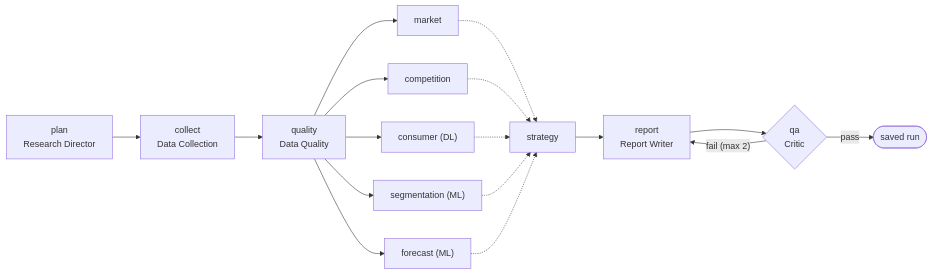
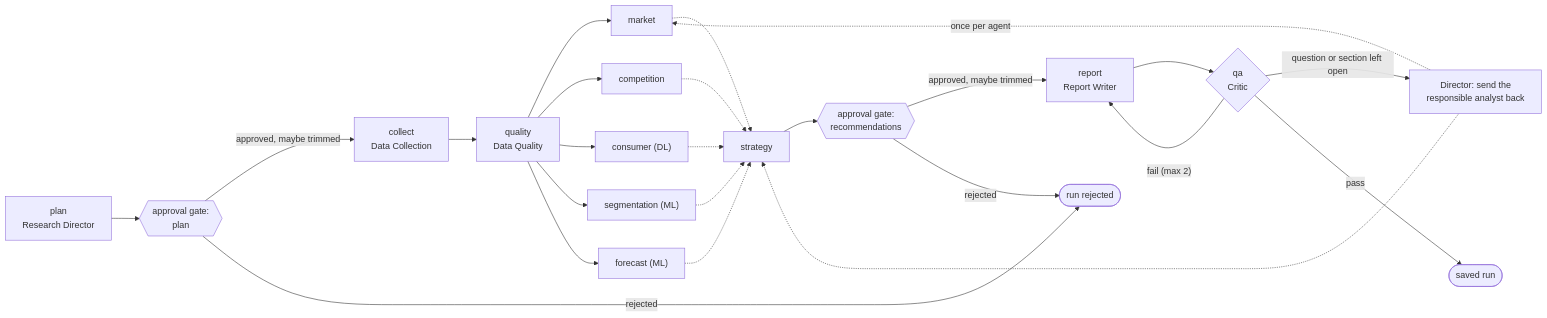
Before and after one commit to zidanarsyad/marketmind: the fourth of 12 diagrams in docs/ARCHITECTURE.md, drawn with Mermaid. The commit also changed other lines of this file and 29 other files, not shown here.

````diff
--- a/docs/ARCHITECTURE.md
+++ b/docs/ARCHITECTURE.md
@@ -230,19 +248,26 @@
 ```mermaid
 flowchart LR
-    P["plan<br/>Research Director"] --> C["collect<br/>Data Collection"]
+    P["plan<br/>Research Director"] --> G1{{"approval gate:<br/>plan"}}
+    G1 -- "approved, maybe trimmed" --> C["collect<br/>Data Collection"]
+    G1 -- "rejected" --> X(["run rejected"])
     C --> Q["quality<br/>Data Quality"]
     Q --> M["market"]
     Q --> K["competition"]
     Q --> I["consumer (DL)"]
     Q --> S["segmentation (ML)"]
     Q --> F["forecast (ML)"]
     M -.-> T["strategy"]
     K -.-> T
     I -.-> T
     S -.-> T
     F -.-> T
-    T --> R["report<br/>Report Writer"]
+    T --> G2{{"approval gate:<br/>recommendations"}}
+    G2 -- "approved, maybe trimmed" --> R["report<br/>Report Writer"]
+    G2 -- "rejected" --> X
     R --> A{"qa<br/>Critic"}
+    A -- "question or section left open" --> D["Director: send the<br/>responsible analyst back"]
+    D -. "once per agent" .-> M
+    D -.-> T
     A -- "pass" --> OUT(["saved run"])
     A -- "fail (max 2)" --> R
 ```
````
